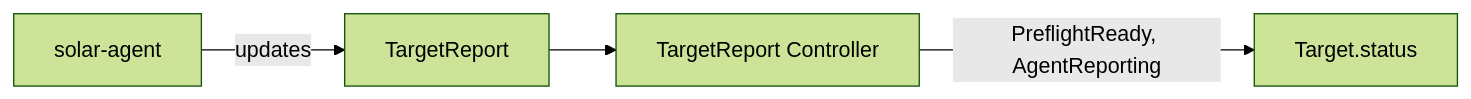
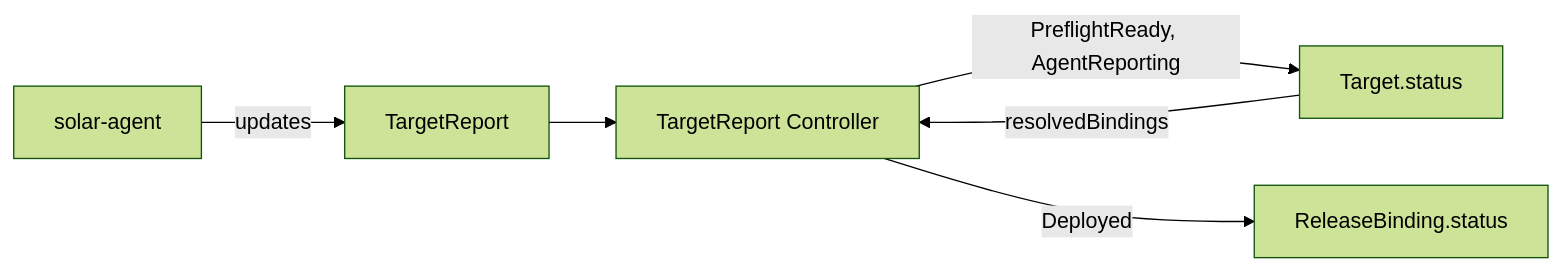
One commit to opendefensecloud/solution-arsenal changed the diagram in docs/developer-guide/targetreport_controller.md. Above: the diagram before and after it, drawn with Mermaid (forest theme). The commit also changed other lines of this file and 39 other files, not shown here.

Commit message:
feat: resolve release bindings per Target

````diff
--- a/docs/developer-guide/targetreport_controller.md
+++ b/docs/developer-guide/targetreport_controller.md
@@ -14,6 +15,8 @@
 ```mermaid
 flowchart LR
     Agent[solar-agent] -->|updates| Report[TargetReport]
     Report --> Ctrl[TargetReport Controller]
     Ctrl -->|PreflightReady, AgentReporting| Target[Target.status]
+    Target -->|resolvedBindings| Ctrl
+    Ctrl -->|Deployed| RB[ReleaseBinding.status]
 ```
````
